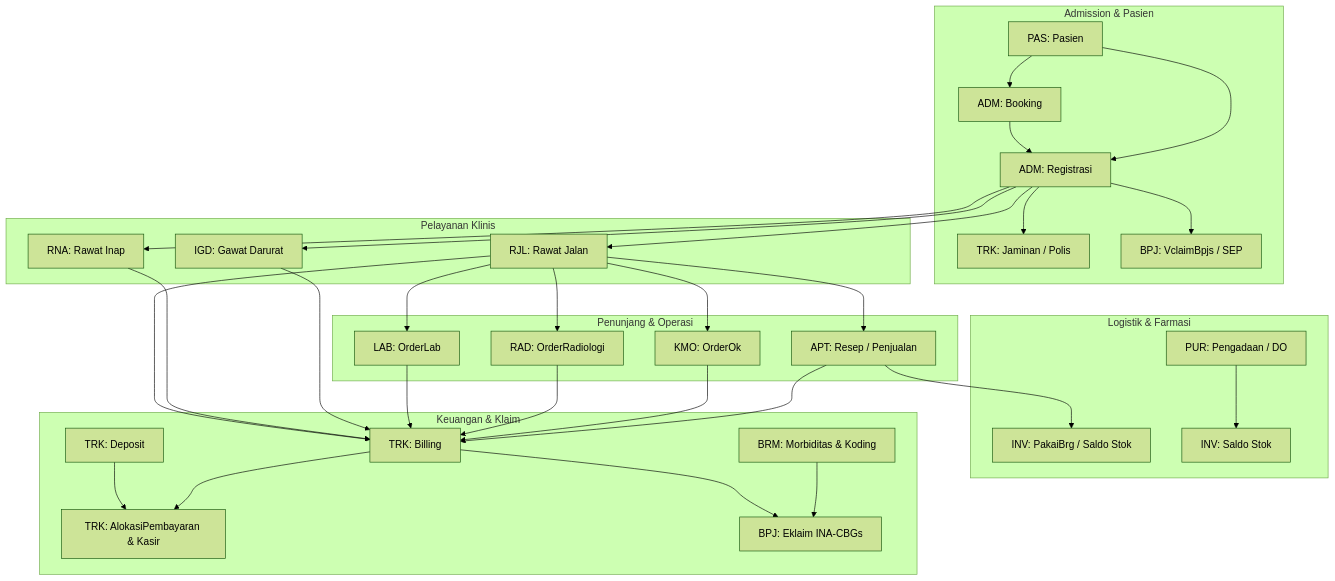
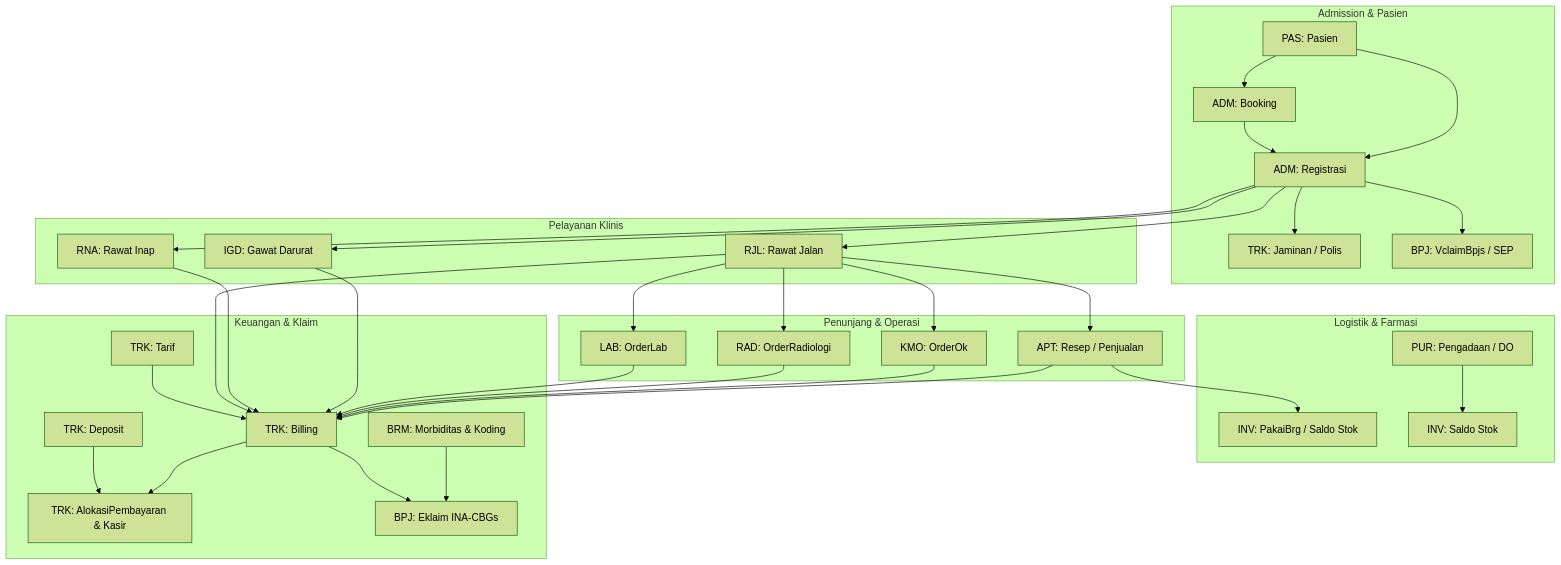
Before and after one commit to smart-ics/b21-myhosweb-system: the diagram in outcomes/outcome-capability-domain-v2.md, drawn with Mermaid (forest theme). The commit also changed other lines of this file and 2 other files, not shown here.

Commit message:
docs(outcome): define OC-TRK-TARIF and update outcome capability mapping v2

````diff
--- a/outcomes/outcome-capability-domain-v2.md
+++ b/outcomes/outcome-capability-domain-v2.md
@@ -169,42 +170,43 @@
 ```mermaid
 flowchart TD
     subgraph Admission & Pasien
         P[PAS: Pasien] --> ADM_BOK[ADM: Booking]
         ADM_BOK --> ADM_REG[ADM: Registrasi]
         P --> ADM_REG
         ADM_REG --> TRK_JAM[TRK: Jaminan / Polis]
         ADM_REG --> BPJ_VCL[BPJ: VclaimBpjs / SEP]
     end
 
     subgraph Pelayanan Klinis
         ADM_REG --> RJL[RJL: Rawat Jalan]
         ADM_REG --> RNA[RNA: Rawat Inap]
         ADM_REG --> IGD[IGD: Gawat Darurat]
     end
 
     subgraph Penunjang & Operasi
         RJL --> LAB[LAB: OrderLab]
         RJL --> RAD[RAD: OrderRadiologi]
         RJL --> KMO[KMO: OrderOk]
         RJL --> APT[APT: Resep / Penjualan]
     end
 
     subgraph Logistik & Farmasi
         APT --> INV_PAKAI[INV: PakaiBrg / Saldo Stok]
         PUR[PUR: Pengadaan / DO] --> INV_STOK[INV: Saldo Stok]
     end
 
     subgraph Keuangan & Klaim
-        RJL --> TRK_BILL[TRK: Billing]
+        TRK_TRF[TRK: Tarif] --> TRK_BILL[TRK: Billing]
+        RJL --> TRK_BILL
         RNA --> TRK_BILL
         IGD --> TRK_BILL
         LAB --> TRK_BILL
         RAD --> TRK_BILL
         KMO --> TRK_BILL
         APT --> TRK_BILL
         TRK_DEP[TRK: Deposit] --> TRK_PAY[TRK: AlokasiPembayaran & Kasir]
         TRK_BILL --> TRK_PAY
         TRK_BILL --> BPJ_EKL[BPJ: Eklaim INA-CBGs]
         BRM[BRM: Morbiditas & Koding] --> BPJ_EKL
     end
 ```
````
